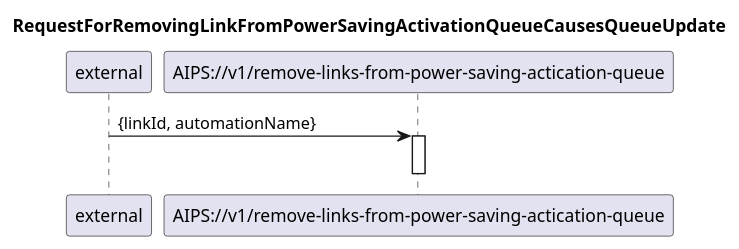
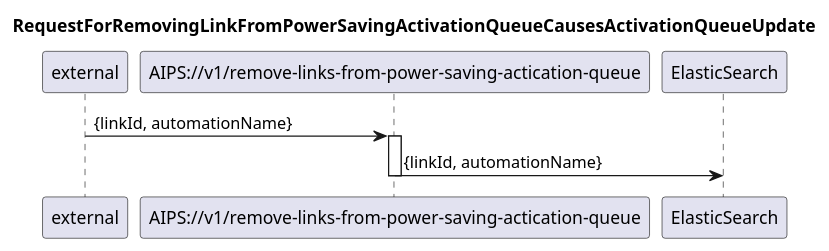
The diagram in diagrams/04 Link group related switching operation/401_removeLinkFromPowerSavingActivationQueue.plantuml (kmohr-soprasteria/AIPS_wip), drawn with PlantUML before and after one commit. The commit also changed 15 other files, not shown here.

Commit message:
diagrams done

```diff
--- a/diagrams/04 Link group related switching operation/401_removeLinkFromPowerSavingActivationQueue.plantuml
+++ b/diagrams/04 Link group related switching operation/401_removeLinkFromPowerSavingActivationQueue.plantuml
@@ -1,16 +1,18 @@
 @startuml 401_removeLinkFromPowerSavingActivationQueue
 skinparam responseMessageBelowArrow true
 
 title
-RequestForRemovingLinkFromPowerSavingActivationQueueCausesQueueUpdate
+RequestForRemovingLinkFromPowerSavingActivationQueueCausesActivationQueueUpdate
 end title
 
 participant "external" as requestor
 participant "AIPS://v1/remove-links-from-power-saving-actication-queue" as removeFromQueue
+participant "ElasticSearch" as es
 
 requestor -> removeFromQueue: {linkId, automationName}
 activate removeFromQueue
+removeFromQueue -> es: {linkId, automationName}
 
 deactivate removeFromQueue
 
 @enduml
```
